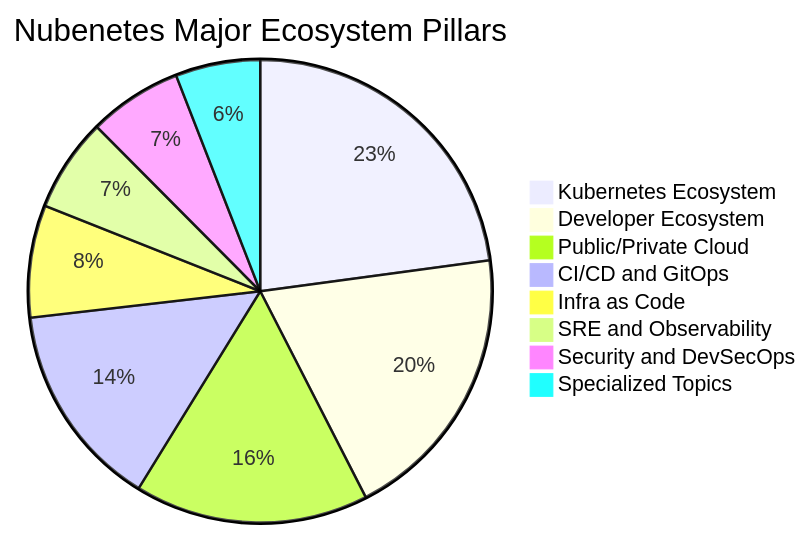
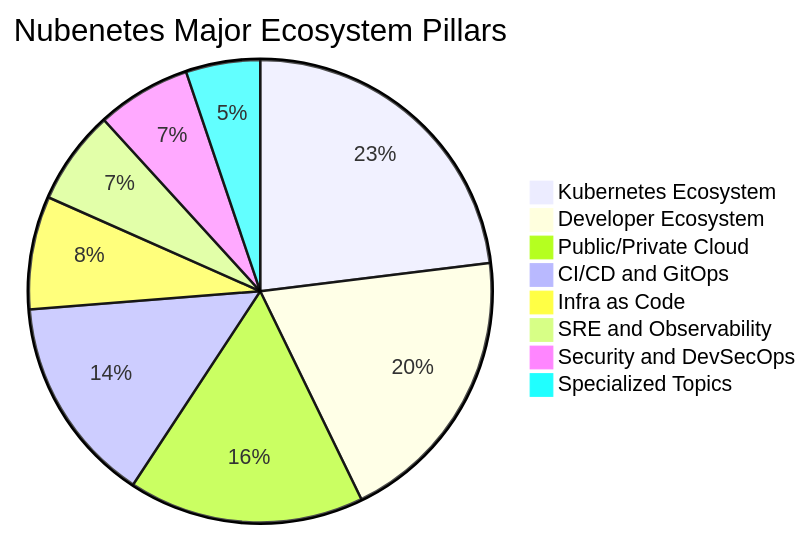
One commit to sec-js/awesome-kubernetes changed the second of 10 diagrams in README.md. Above: the diagram before and after it, drawn with Mermaid. The commit also changed other lines of this file and 4 other files, not shown here.

````diff
--- a/README.md
+++ b/README.md
@@ -217,11 +217,11 @@
 ```mermaid
 pie title Nubenetes Major Ecosystem Pillars
     "Kubernetes Ecosystem" : 3500
     "Developer Ecosystem" : 3000
     "Public/Private Cloud" : 2500
     "CI/CD and GitOps" : 2200
     "Infra as Code" : 1200
     "SRE and Observability" : 1000
     "Security and DevSecOps" : 1000
-    "Specialized Topics" : 906
+    "Specialized Topics" : 788
 ```
````
